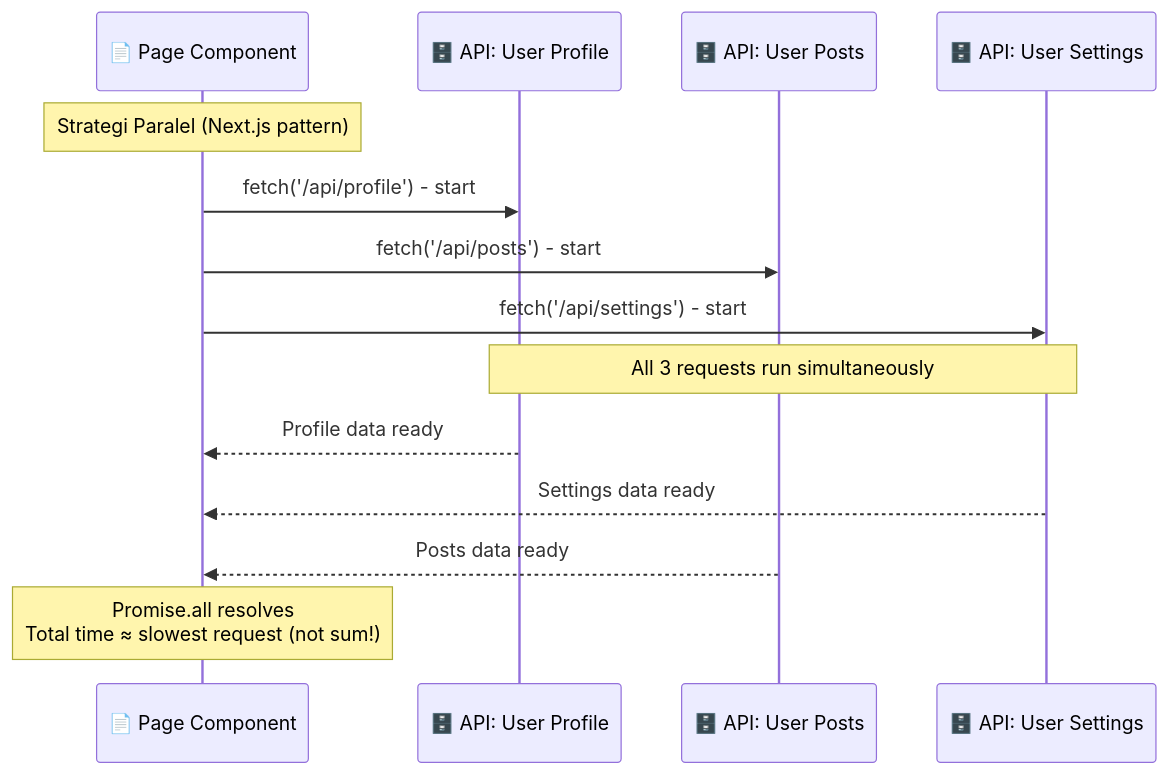
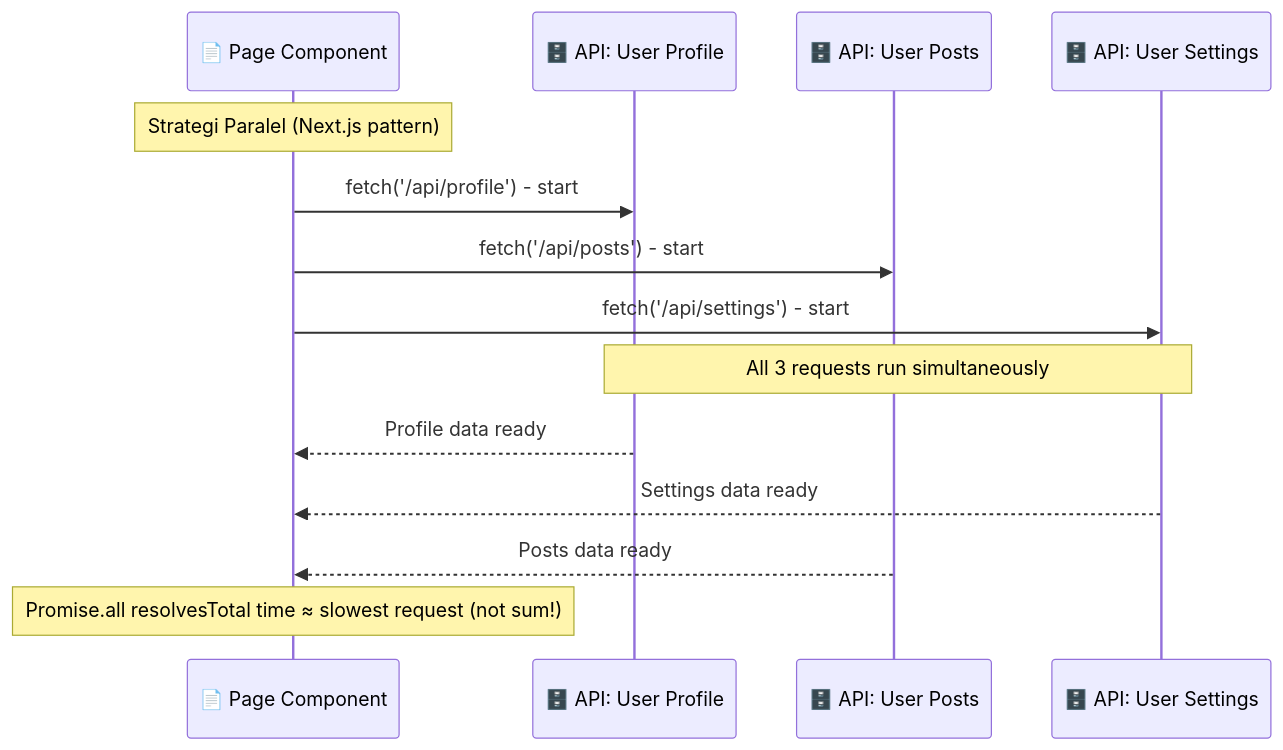
One commit to komandro-ccit/komandro-ccit.github.io changed the ninth of 10 diagrams in src/content/materials/web/nextjs-framework-react-paling-teroptimasi-yang-pernah-dibangun.mdx. Above: the diagram before and after it, drawn with Mermaid. The commit also changed other lines of this file and 235 other files, not shown here.

````diff
--- a/src/content/materials/web/nextjs-framework-react-paling-teroptimasi-yang-pernah-dibangun.mdx
+++ b/src/content/materials/web/nextjs-framework-react-paling-teroptimasi-yang-pernah-dibangun.mdx
@@ -958,21 +958,21 @@
 ```mermaid
 sequenceDiagram
     participant Page as 📄 Page Component
     participant API1 as 🗄️ API: User Profile
     participant API2 as 🗄️ API: User Posts
     participant API3 as 🗄️ API: User Settings
 
     Note over Page: Strategi Paralel (Next.js pattern)
 
     Page->>API1: fetch('/api/profile') - start
     Page->>API2: fetch('/api/posts') - start
     Page->>API3: fetch('/api/settings') - start
 
     Note over API1,API3: All 3 requests run simultaneously
 
     API1-->>Page: Profile data ready
     API3-->>Page: Settings data ready
     API2-->>Page: Posts data ready
 
-    Note over Page: Promise.all resolves<br/>Total time ≈ slowest request (not sum!)
+    Note over Page: Promise.all resolvesTotal time ≈ slowest request (not sum!)
 ```
````
